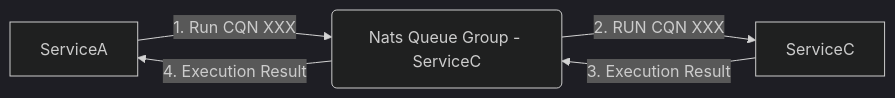
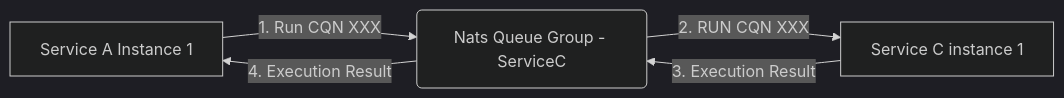
Before and after one commit to Soontao/cds-nats: the third of 3 diagrams in README.md, drawn with Mermaid (dark theme).

Commit message:
chore: doc update

````diff
--- a/README.md
+++ b/README.md
@@ -204,8 +204,10 @@
 ```mermaid
 graph LR
+ServiceA[Service A Instance 1]
 ServiceA -->|1. Run CQN XXX| Nats
 Nats(Nats Queue Group - ServiceC)
 Nats -->|2. RUN CQN XXX| ServiceC
 ServiceC -->|3. Execution Result| Nats
 Nats -->|4. Execution Result| ServiceA
+ServiceC[Service C instance 1]
 ```
````
